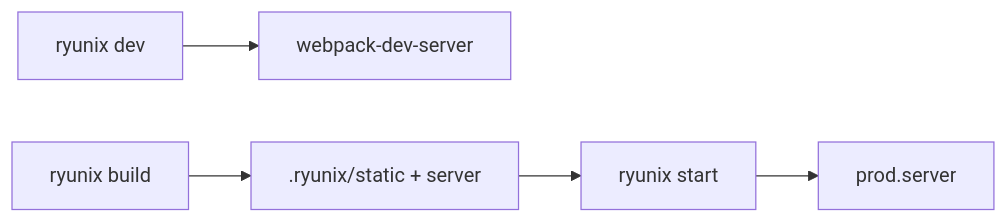
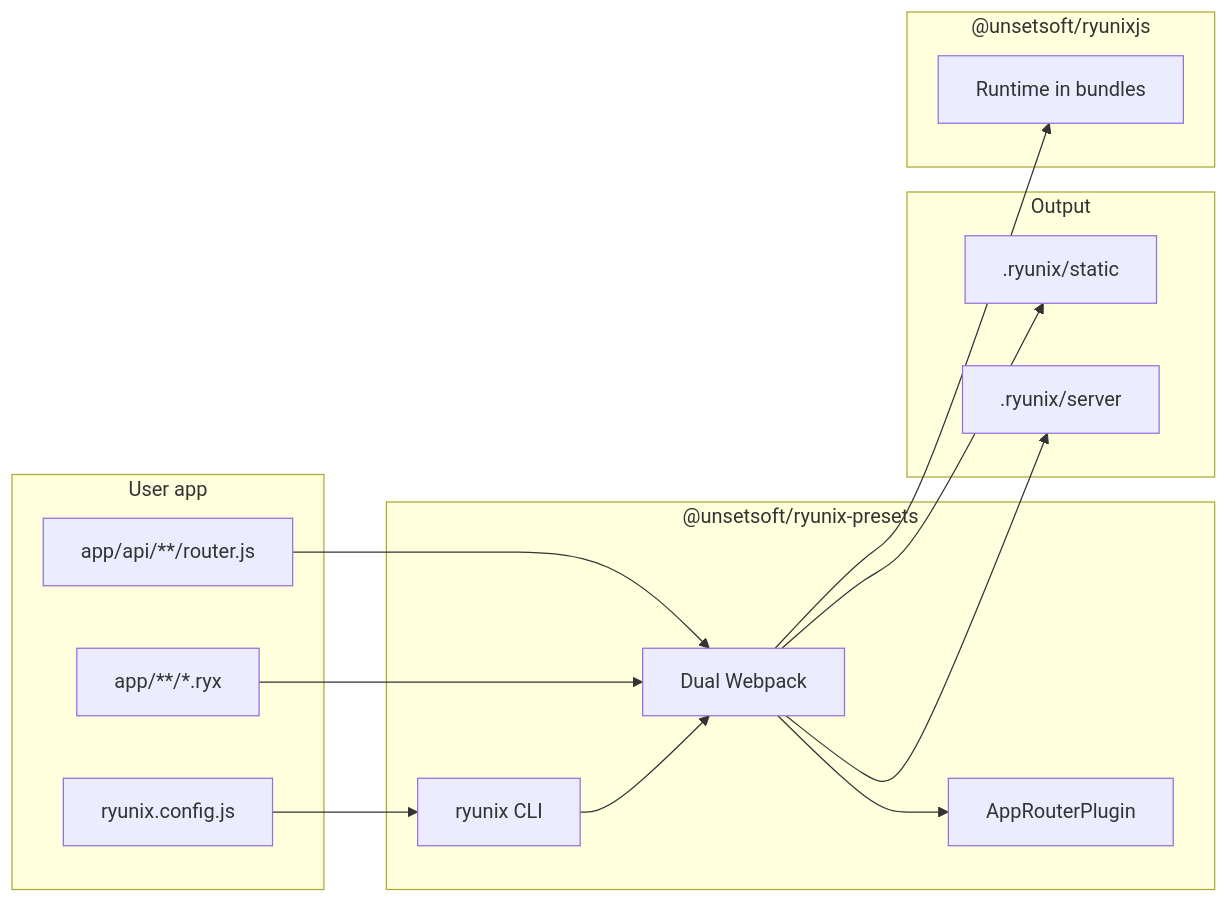
Before and after one commit to UnSetSoft/Ryunixjs: the diagram in docs/en/ryunix-presets/package-overview.md, drawn with Mermaid. The commit also changed other lines of this file and 181 other files, not shown here.

````diff
--- a/docs/en/ryunix-presets/package-overview.md
+++ b/docs/en/ryunix-presets/package-overview.md
@@ -24,10 +141,28 @@
 ```mermaid
 flowchart LR
-  Dev[ryunix dev]
-  Build[ryunix build]
-  Start[ryunix start]
-  Dev --> WDS[webpack-dev-server]
-  Build --> Out[.ryunix/static + server]
-  Start --> Prod[prod.server]
-  Out --> Start
+  subgraph app ["User app"]
+    CFG[ryunix.config.js]
+    APP[app/**/*.ryx]
+    API[app/api/**/router.js]
+  end
+  subgraph presets ["@unsetsoft/ryunix-presets"]
+    CLI[ryunix CLI]
+    WP[Dual Webpack]
+    AR[AppRouterPlugin]
+    CLI --> WP
+    WP --> AR
+  end
+  subgraph out ["Output"]
+    STATIC[.ryunix/static]
+    SERVER[.ryunix/server]
+  end
+  subgraph core ["@unsetsoft/ryunixjs"]
+    RT[Runtime in bundles]
+  end
+  CFG --> CLI
+  APP --> WP
+  API --> WP
+  WP --> STATIC
+  WP --> SERVER
+  WP --> RT
 ```
````
